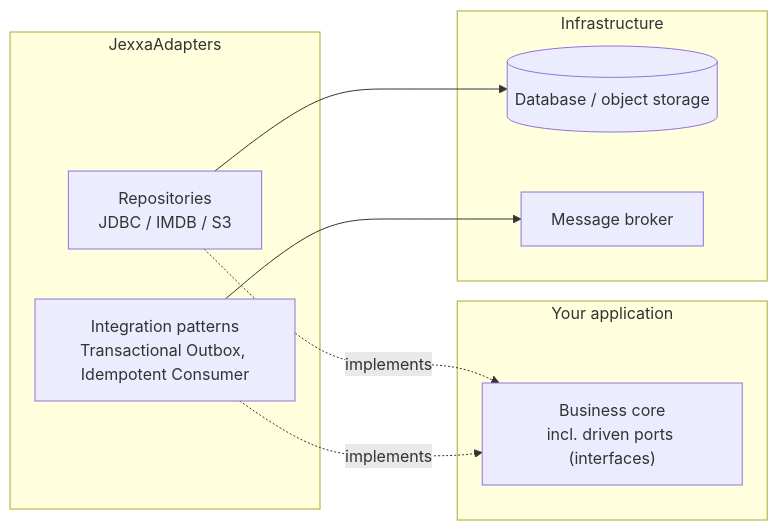
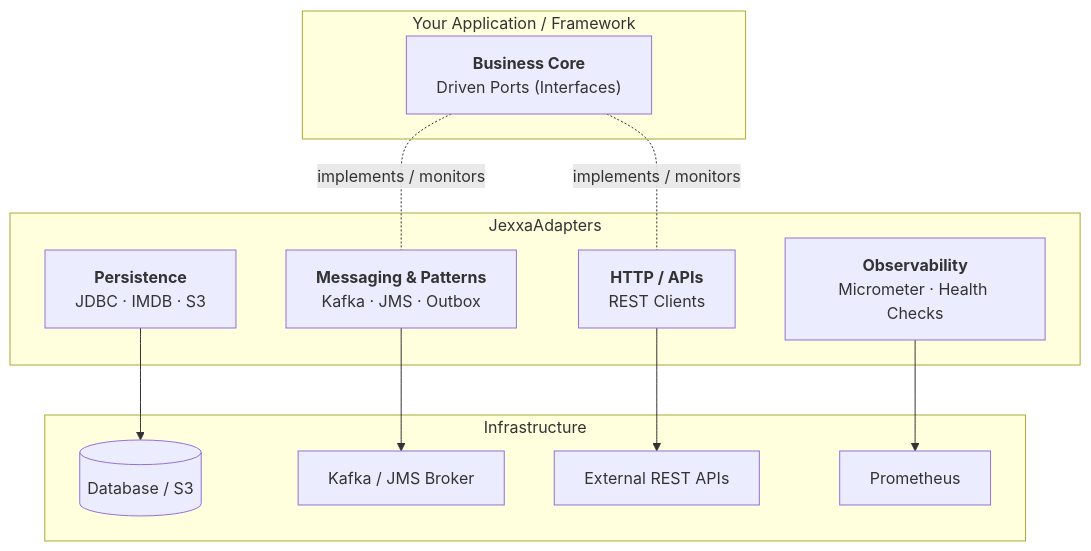
The diagram in README.md (jexxa-projects/JexxaAdapters), drawn with Mermaid before and after one commit. The commit also changed other lines of this file and 452 other files, not shown here.

````diff
--- a/README.md
+++ b/README.md
@@ -66,18 +150,30 @@
 ```mermaid
-flowchart LR
-    subgraph App["Your application"]
-        CORE["Business core<br/>incl. driven ports (interfaces)"]
+flowchart TB
+    subgraph App["Your Application / Framework"]
+        CORE["<b>Business Core</b><br/>Driven Ports (Interfaces)"]
     end
+
     subgraph Adapters["JexxaAdapters"]
-        REPO["Repositories<br/>JDBC / IMDB / S3"]
-        PATTERNS["Integration patterns<br/>Transactional Outbox, Idempotent Consumer"]
+        REPO["<b>Persistence</b><br/>JDBC · IMDB · S3"]
+        MSG["<b>Messaging & Patterns</b><br/>Kafka · JMS · Outbox"]
+        REST["<b>HTTP / APIs</b><br/>REST Clients"]
+        OPS["<b>Observability</b><br/>Micrometer · Health Checks"]
     end
+
     subgraph Infra["Infrastructure"]
-        DB[("Database / object storage")]
-        MQ["Message broker"]
+        DB[("Database / S3")]
+        MQ["Kafka / JMS Broker"]
+        EXT["External REST APIs"]
+        MON["Prometheus"]
     end
-    REPO -.->|implements| CORE
-    PATTERNS -.->|implements| CORE
+
+    CORE <-.-|implements / monitors| MSG
+    CORE <-.-|implements / monitors| REST
+
     REPO --> DB
-    PATTERNS --> MQ
-```
+    MSG --> MQ
+    REST --> EXT
+    OPS --> MON
+
+
+``` 
````
